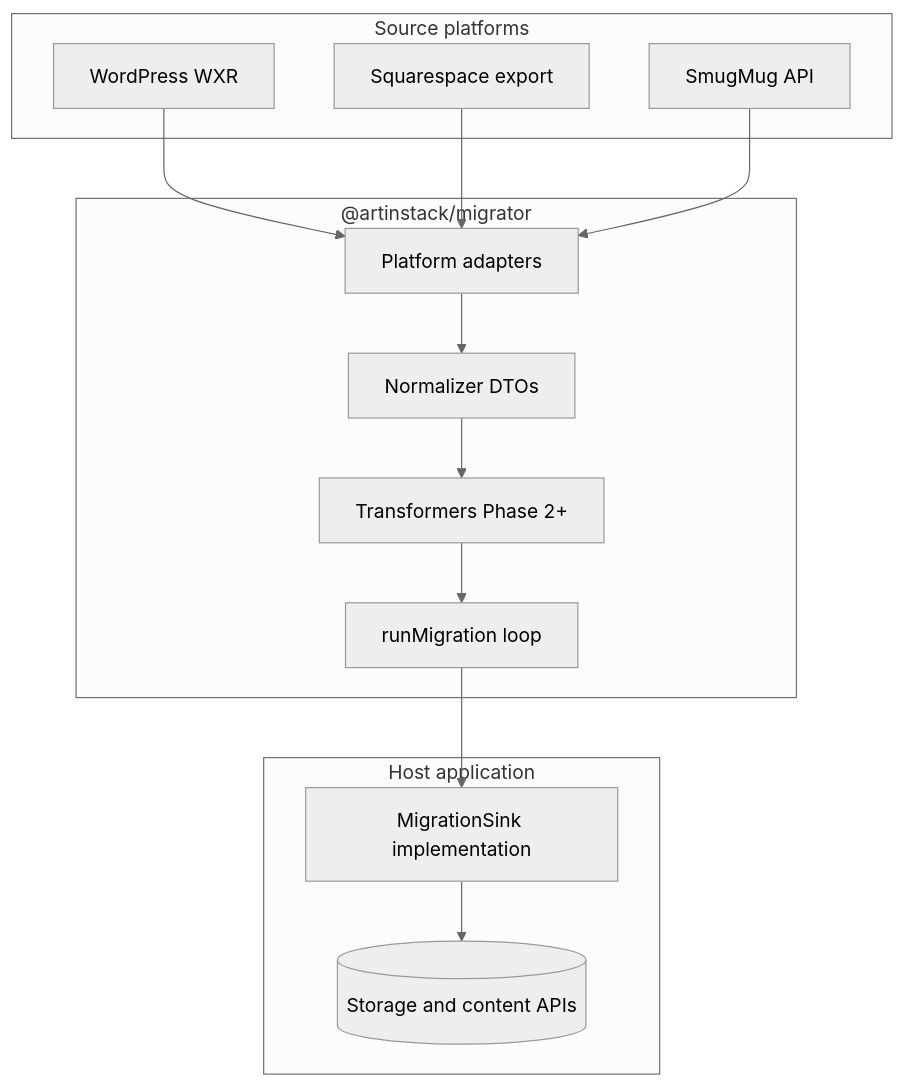
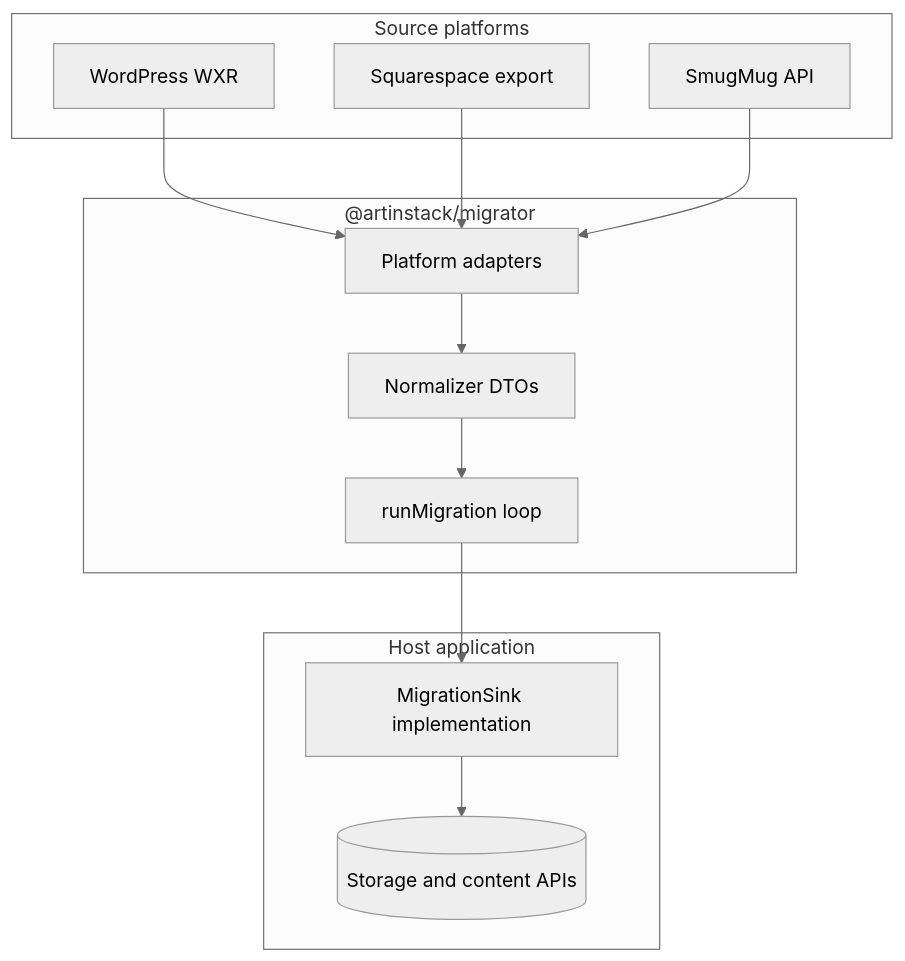
Before and after one commit to naikondev/artinstack-migrator: the second of 2 diagrams in docs/architecture.md, drawn with Mermaid (neutral theme). The commit also changed other lines of this file and 1 other file, not shown here.

Commit message:
docs/architecture.md — public high-level blueprint

````diff
--- a/docs/architecture.md
+++ b/docs/architecture.md
@@ -23,29 +40,27 @@
 ```mermaid
 flowchart TB
   subgraph sources [Source platforms]
     WP[WordPress WXR]
     SQ[Squarespace export]
     SM[SmugMug API]
   end
 
   subgraph migrator ["@artinstack/migrator"]
     P[Platform adapters]
     N[Normalizer DTOs]
-    T[Transformers Phase 2+]
     R[runMigration loop]
   end
 
   subgraph host [Host application]
     S[MigrationSink implementation]
     ST[(Storage and content APIs)]
   end
 
   WP --> P
   SQ --> P
   SM --> P
   P --> N
-  N --> T
-  T --> R
+  N --> R
   R --> S
   S --> ST
 ```
````
